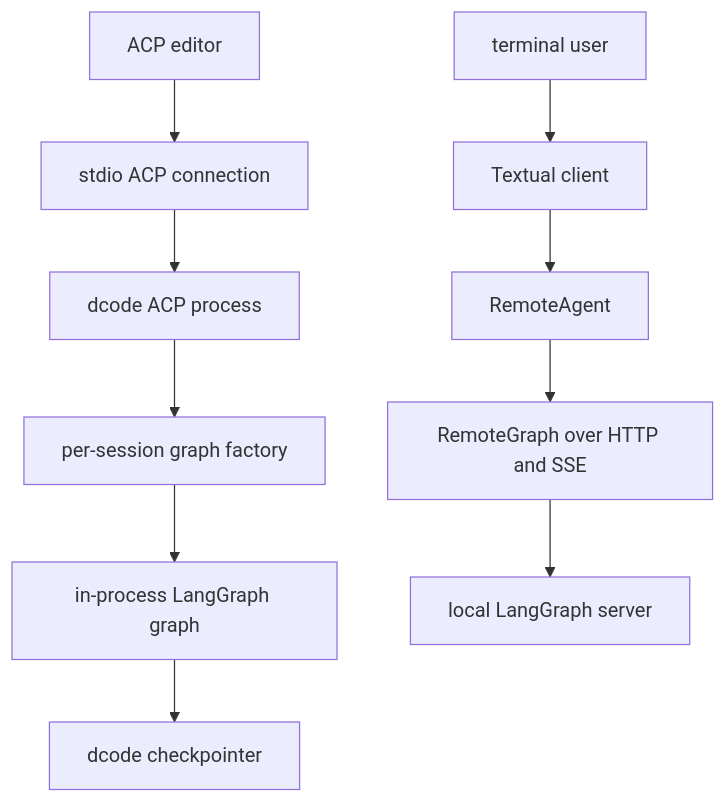
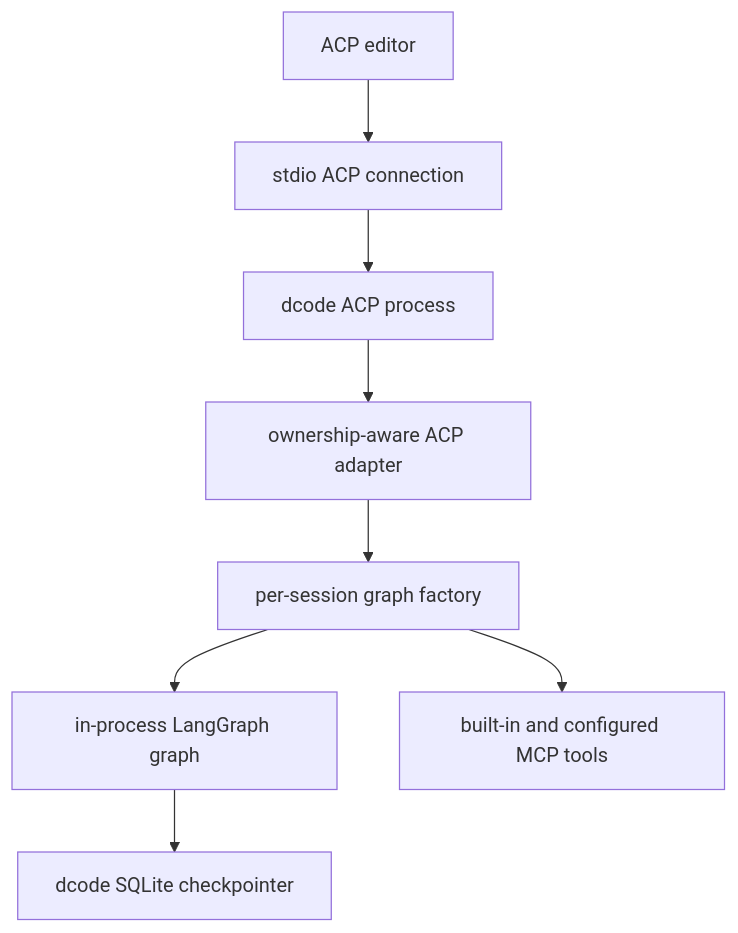
The first of 2 diagrams in openwiki/integrations/acp.md (langchain-ai/deepagents), drawn with Mermaid before and after one commit. The commit also changed other lines of this file and 35 other files, not shown here.

````diff
--- a/openwiki/integrations/acp.md
+++ b/openwiki/integrations/acp.md
@@ -32,13 +41,10 @@
 ```mermaid
 flowchart TD
-    Editor["ACP editor"] --> Stdio["stdio ACP connection"]
-    Stdio --> ACP["dcode ACP process"]
-    ACP --> Factory["per-session graph factory"]
+    Editor["ACP editor"] --> Transport["stdio ACP connection"]
+    Transport --> Dcode["dcode ACP process"]
+    Dcode --> Adapter["ownership-aware ACP adapter"]
+    Adapter --> Factory["per-session graph factory"]
     Factory --> Graph["in-process LangGraph graph"]
-    Graph --> Saver["dcode checkpointer"]
-
-    Terminal["terminal user"] --> TUI["Textual client"]
-    TUI --> Remote["RemoteAgent"]
-    Remote --> RemoteGraph["RemoteGraph over HTTP and SSE"]
-    RemoteGraph --> Server["local LangGraph server"]
+    Graph --> Saver["dcode SQLite checkpointer"]
+    Factory --> Tools["built-in and configured MCP tools"]
 ```
````
